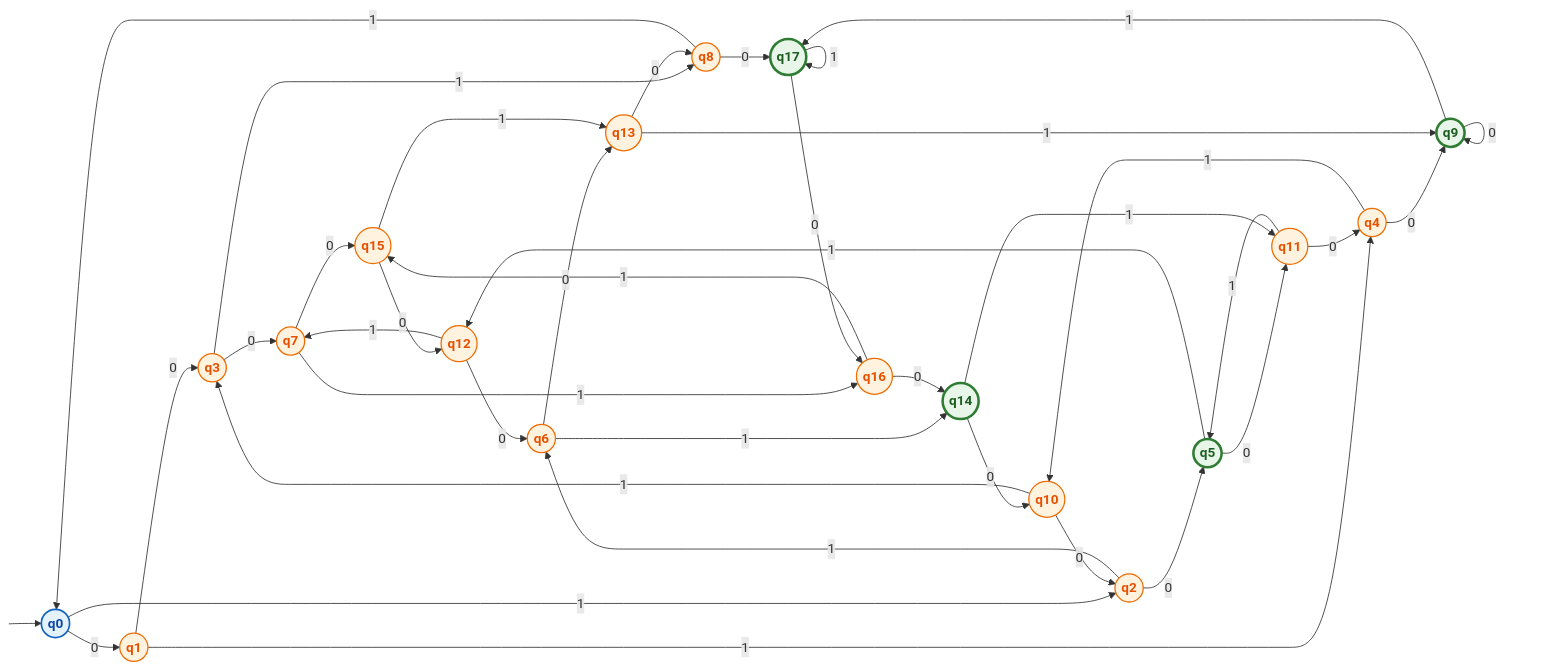
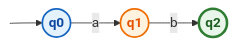
The fifth of 7 diagrams in README.md (huynhthanhphong231004IT/Theoretical_Computer_Science_CT121), drawn with Mermaid before and after one commit. The commit also changed other lines of this file, not shown here.

````diff
--- a/README.md
+++ b/README.md
@@ -202,87 +202,22 @@
 flowchart LR
     %% Định nghĩa phong cách chuẩn Academic cho đồ thị trạng thái
     classDef startState fill:#E3F2FD,stroke:#1565C0,stroke-width:2px,color:#0D47A1,font-weight:bold;
-    classDef normalState fill:#FFF3E0,stroke:#EF6C00,stroke-width:1.5px,color:#E65100,font-weight:bold;
+    classDef normalState fill:#FFF3E0,stroke:#EF6C00,stroke-width:2px,color:#E65100,font-weight:bold;
     classDef acceptState fill:#E8F5E9,stroke:#2E7D32,stroke-width:3px,color:#1B5E20,font-weight:bold;
     classDef hidden fill:none,stroke:none;
 
-    %% Điểm khởi đầu chỉ định trạng thái bắt đầu
+    %% Điểm khởi đầu mũi tên chỉ trạng thái bắt đầu
     Start([ ]) --> q0
 
-    %% Các trạng thái (q5, q9, q14, q17 là trạng thái chấp nhận - vòng tròn đậm)
+    %% Các trạng thái dạng hình tròn (( ))
     q0((q0)):::startState
     q1((q1)):::normalState
-    q2((q2)):::normalState
-    q3((q3)):::normalState
-    q4((q4)):::normalState
-    q5((q5)):::acceptState
-    q6((q6)):::normalState
-    q7((q7)):::normalState
-    q8((q8)):::normalState
-    q9((q9)):::acceptState
-    q10((q10)):::normalState
-    q11((q11)):::normalState
-    q12((q12)):::normalState
-    q13((q13)):::normalState
-    q14((q14)):::acceptState
-    q15((q15)):::normalState
-    q16((q16)):::normalState
-    q17((q17)):::acceptState
+    q2((q2)):::acceptState
 
-    %% Các chuyển đổi (Transitions) theo đúng danh sách
-    q0 -->|0| q1
-    q0 -->|1| q2
+    %% Các chuyển đổi (Transitions)
+    q0 -->|a| q1
+    q1 -->|b| q2
 
-    q1 -->|0| q3
-    q1 -->|1| q4
-
-    q2 -->|0| q5
-    q2 -->|1| q6
-
-    q3 -->|0| q7
-    q3 -->|1| q8
-
-    q4 -->|0| q9
-    q4 -->|1| q10
-
-    q5 -->|0| q11
-    q5 -->|1| q12
-
-    q6 -->|0| q13
-    q6 -->|1| q14
-
-    q7 -->|0| q15
-    q7 -->|1| q16
-
-    q8 -->|0| q17
-    q8 -->|1| q0
-
-    q9 -->|0| q9
-    q9 -->|1| q17
-
-    q10 -->|0| q2
-    q10 -->|1| q3
-
-    q11 -->|0| q4
-    q11 -->|1| q5
-
-    q12 -->|0| q6
-    q12 -->|1| q7
-
-    q13 -->|0| q8
-    q13 -->|1| q9
-
-    q14 -->|0| q10
-    q14 -->|1| q11
-
-    q15 -->|0| q12
-    q15 -->|1| q13
-
-    q16 -->|0| q14
-    q16 -->|1| q15
-
-    q17 -->|0| q16
-    q17 -->|1| q17
-
+    %% Ẩn node khởi đầu
     Start:::hidden
 ```
````
